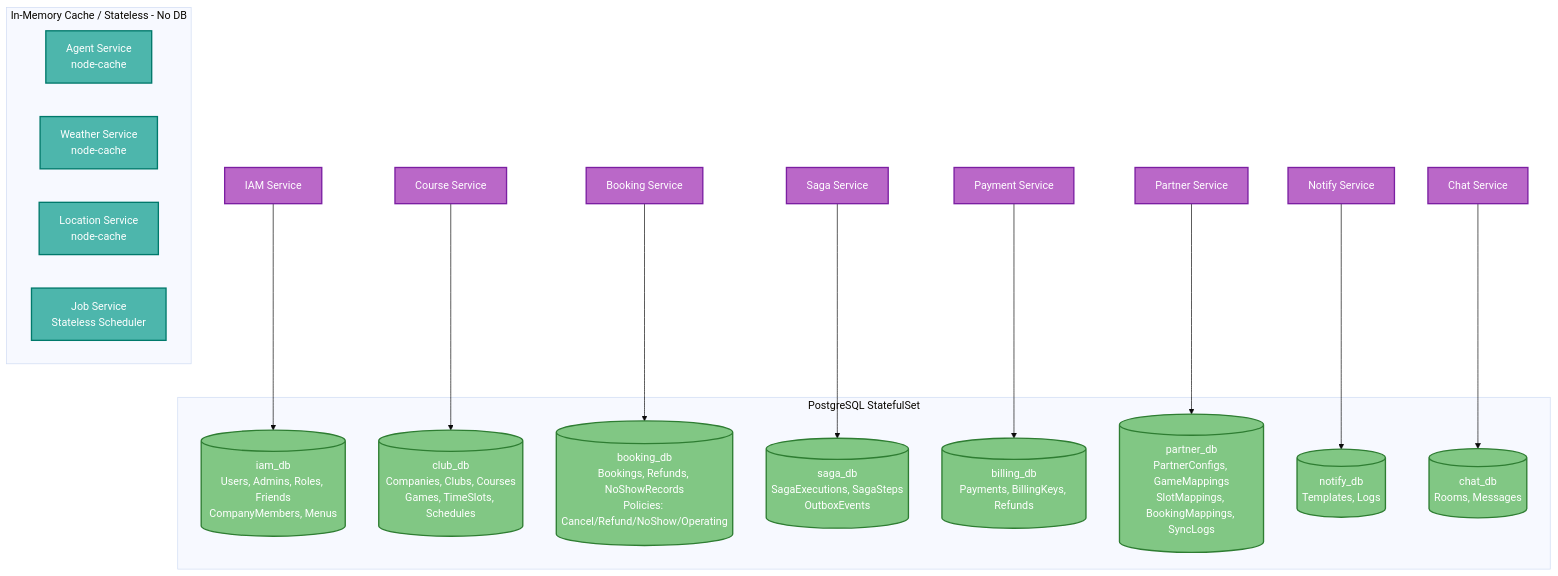
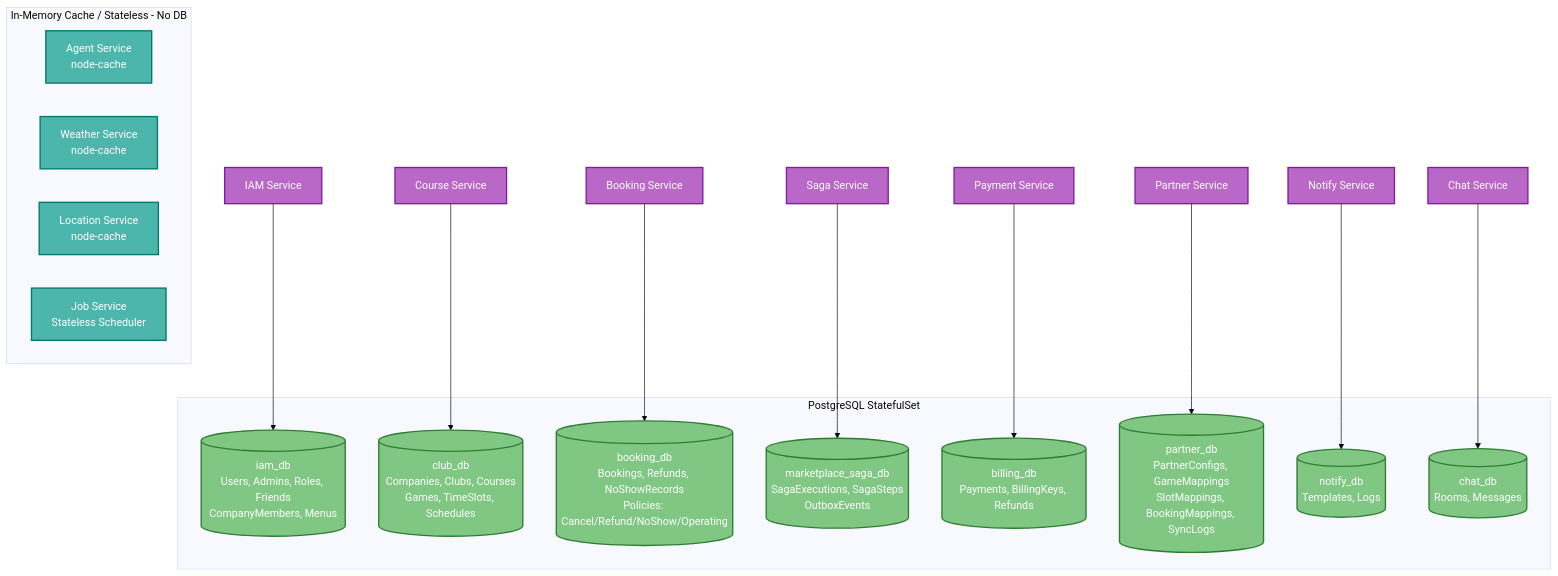
The fifth of 7 diagrams in docs/architecture/system.md (uniyous/parkgolf-platform), drawn with Mermaid (base theme) before and after one commit. The commit also changed other lines of this file and 13 other files, not shown here.

First line of the commit message:
refactor(saga): DB명 saga_db → marketplace_saga_db 리네임 (UNI-127)

````diff
--- a/docs/architecture/system.md
+++ b/docs/architecture/system.md
@@ -485,42 +485,42 @@
 ```mermaid
 graph TB
   classDef service fill:#ba68c8,stroke:#7b1fa2,stroke-width:2px,color:#fff
   classDef db fill:#81c784,stroke:#2e7d32,stroke-width:2px,color:#fff
   classDef cache fill:#4db6ac,stroke:#00796b,stroke-width:2px,color:#fff
 
   IAM["IAM Service"]:::service
   COURSE["Course Service"]:::service
   BOOK["Booking Service"]:::service
   SAGA["Saga Service"]:::service
   PAY["Payment Service"]:::service
   PARTNER["Partner Service"]:::service
   NOTIFY["Notify Service"]:::service
   CHAT["Chat Service"]:::service
 
   subgraph PostgreSQL["PostgreSQL StatefulSet"]
     IAM_DB[("iam_db<br/>Users, Admins, Roles, Friends<br/>CompanyMembers, Menus")]:::db
     COURSE_DB[("club_db<br/>Companies, Clubs, Courses<br/>Games, TimeSlots, Schedules")]:::db
     BOOKING_DB[("booking_db<br/>Bookings, Refunds, NoShowRecords<br/>Policies: Cancel/Refund/NoShow/Operating")]:::db
-    SAGA_DB[("saga_db<br/>SagaExecutions, SagaSteps<br/>OutboxEvents")]:::db
+    SAGA_DB[("marketplace_saga_db<br/>SagaExecutions, SagaSteps<br/>OutboxEvents")]:::db
     PAYMENT_DB[("billing_db<br/>Payments, BillingKeys, Refunds")]:::db
     PARTNER_DB[("partner_db<br/>PartnerConfigs, GameMappings<br/>SlotMappings, BookingMappings, SyncLogs")]:::db
     NOTIFY_DB[("notify_db<br/>Templates, Logs")]:::db
     CHAT_DB[("chat_db<br/>Rooms, Messages")]:::db
   end
 
   IAM --> IAM_DB
   COURSE --> COURSE_DB
   BOOK --> BOOKING_DB
   SAGA --> SAGA_DB
   PAY --> PAYMENT_DB
   PARTNER --> PARTNER_DB
   NOTIFY --> NOTIFY_DB
   CHAT --> CHAT_DB
 
   subgraph NoDB["In-Memory Cache / Stateless - No DB"]
     AGENT["Agent Service<br/>node-cache"]:::cache
     WEATHER["Weather Service<br/>node-cache"]:::cache
     LOCATION["Location Service<br/>node-cache"]:::cache
     JOB["Job Service<br/>Stateless Scheduler"]:::cache
   end
 ```
````
